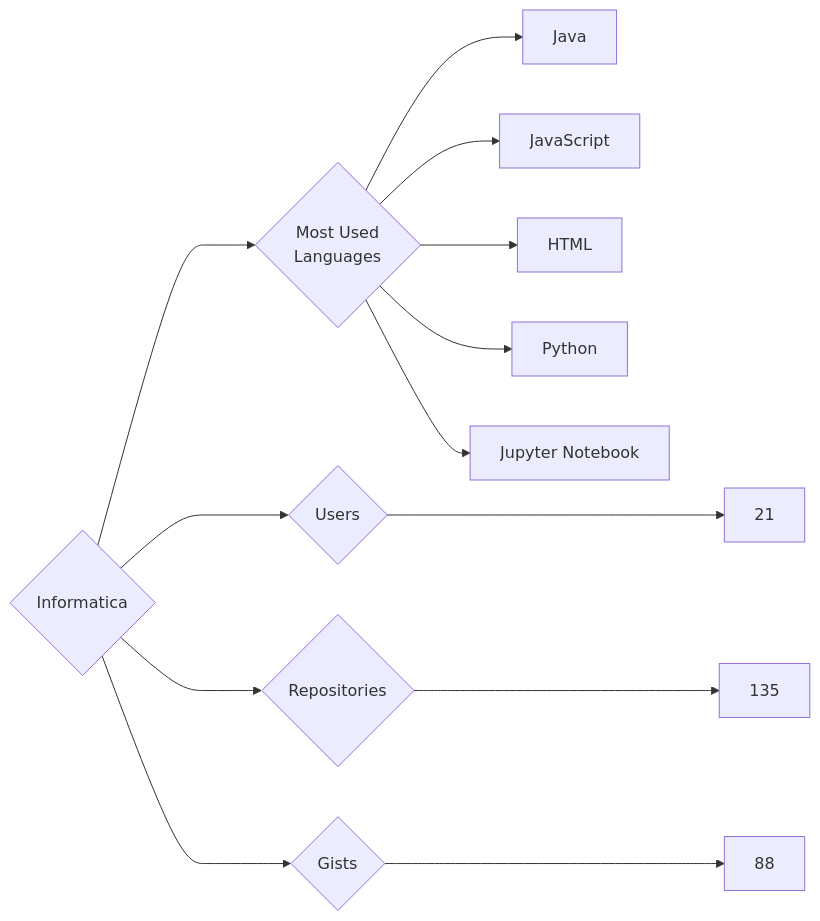
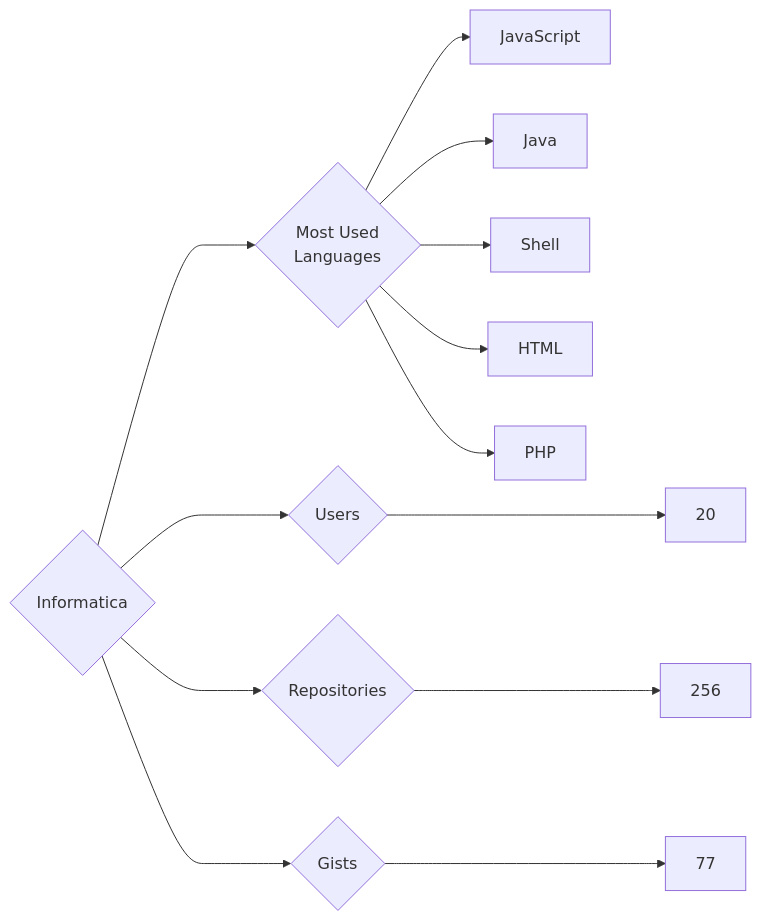
The diagram in targets/Informatica/README.md (trickest/insiders), drawn with Mermaid before and after one commit. The commit also changed 837 other files, not shown here.

````diff
--- a/targets/Informatica/README.md
+++ b/targets/Informatica/README.md
@@ -3,13 +3,13 @@
 ```mermaid
 graph LR
 COMPANY_NAME{Informatica}
-COMPANY_NAME ---> U{Users} ---> UN[21]
-COMPANY_NAME ---> R{Repositories} ---> RN[135]
-COMPANY_NAME ---> G{Gists} ---> GN[88]
+COMPANY_NAME ---> U{Users} ---> UN[20]
+COMPANY_NAME ---> R{Repositories} ---> RN[256]
+COMPANY_NAME ---> G{Gists} ---> GN[77]
 COMPANY_NAME ---> ML{Most Used<br>Languages}
+ML --> JavaScript[JavaScript]
 ML --> Java[Java]
-ML --> JavaScript[JavaScript]
+ML --> Shell[Shell]
 ML --> HTML[HTML]
-ML --> Python[Python]
-ML --> Jupyter_Notebook[Jupyter Notebook]
+ML --> PHP[PHP]
 ```
````
